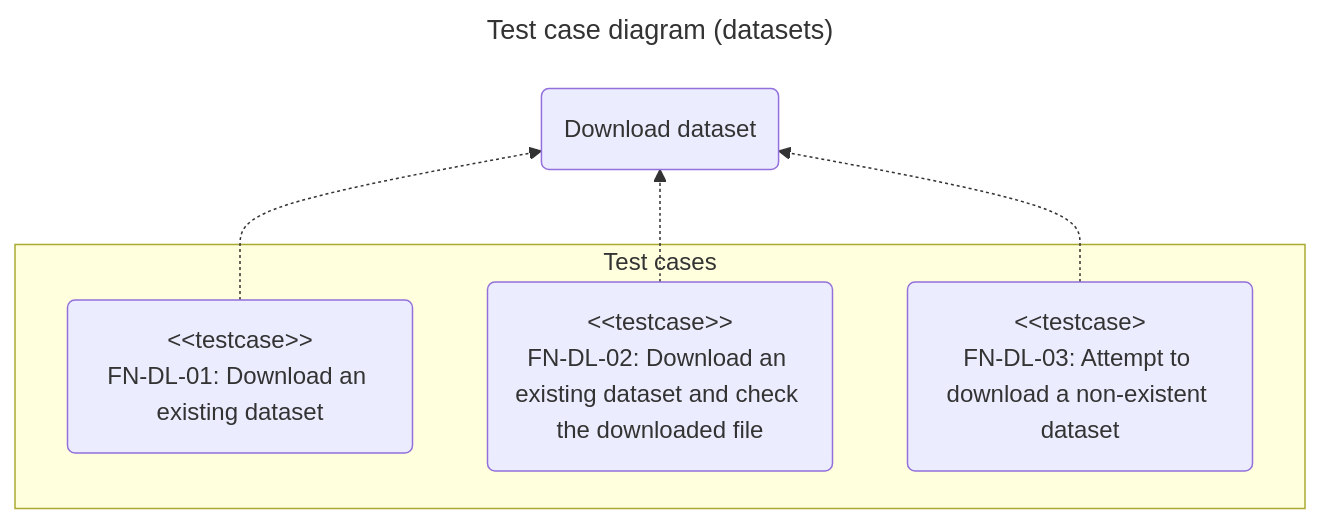
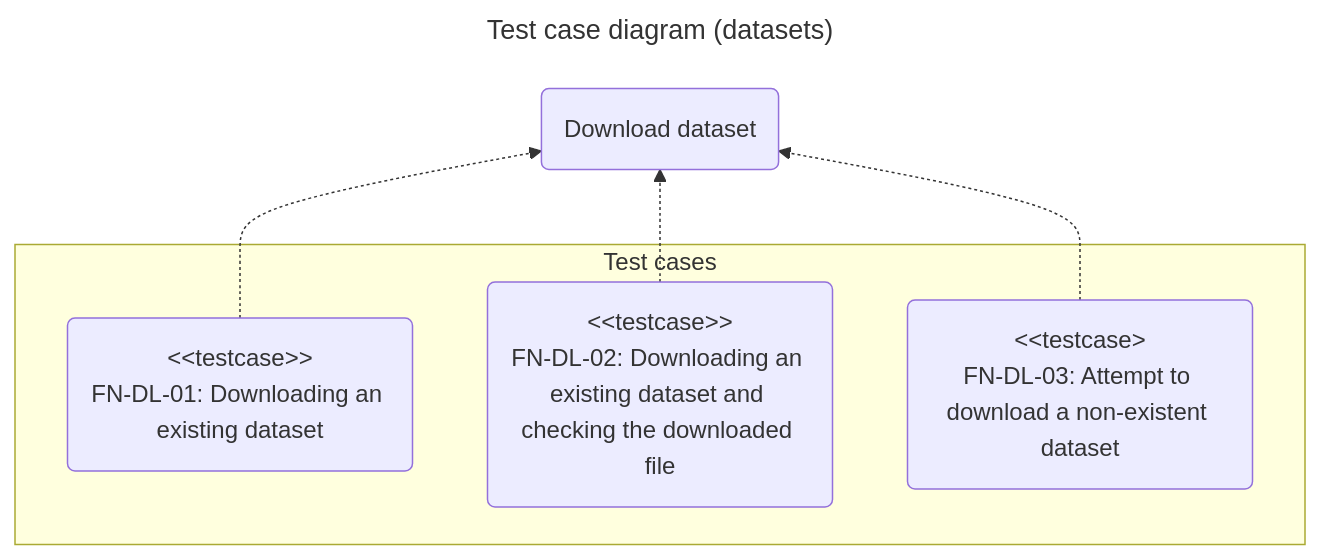
One commit to chromiodev/chromie-tool changed the eighth of 8 diagrams in docs/spec/tests/functional.en.md. Above: the diagram before and after it, drawn with Mermaid. The commit also changed other lines of this file and 5 other files, not shown here.

````diff
--- a/docs/spec/tests/functional.en.md
+++ b/docs/spec/tests/functional.en.md
@@ -679,20 +732,20 @@
 ```mermaid
 ---
 title: Test case diagram (datasets)
 config:
 ---
 
 graph BT
   %% use cases
   downloadDataset@{ shape: "rounded", label: "Download dataset" }
 
   subgraph "Test cases"
-    downloadExistingDataset@{ shape: "rounded", label: "#lt;#lt;testcase>><br>FN-DL-01: Download an existing dataset" }
-    downloadExistingDatasetWithCheck@{ shape: "rounded", label: "#lt;#lt;testcase>><br>FN-DL-02: Download an existing dataset and check the downloaded file" }
+    downloadExistingDataset@{ shape: "rounded", label: "#lt;#lt;testcase>><br>FN-DL-01: Downloading an existing dataset" }
+    downloadExistingDatasetWithCheck@{ shape: "rounded", label: "#lt;#lt;testcase>><br>FN-DL-02: Downloading an existing dataset and checking the downloaded file" }
     downloadNonNonexistingDataset@{ shape: "rounded", label: "#lt;#lt;testcase><br>FN-DL-03: Attempt to download a non-existent dataset" }
   end
 
   downloadExistingDataset -.-> downloadDataset
   downloadExistingDatasetWithCheck -.-> downloadDataset
   downloadNonNonexistingDataset -.-> downloadDataset
 ```
````
